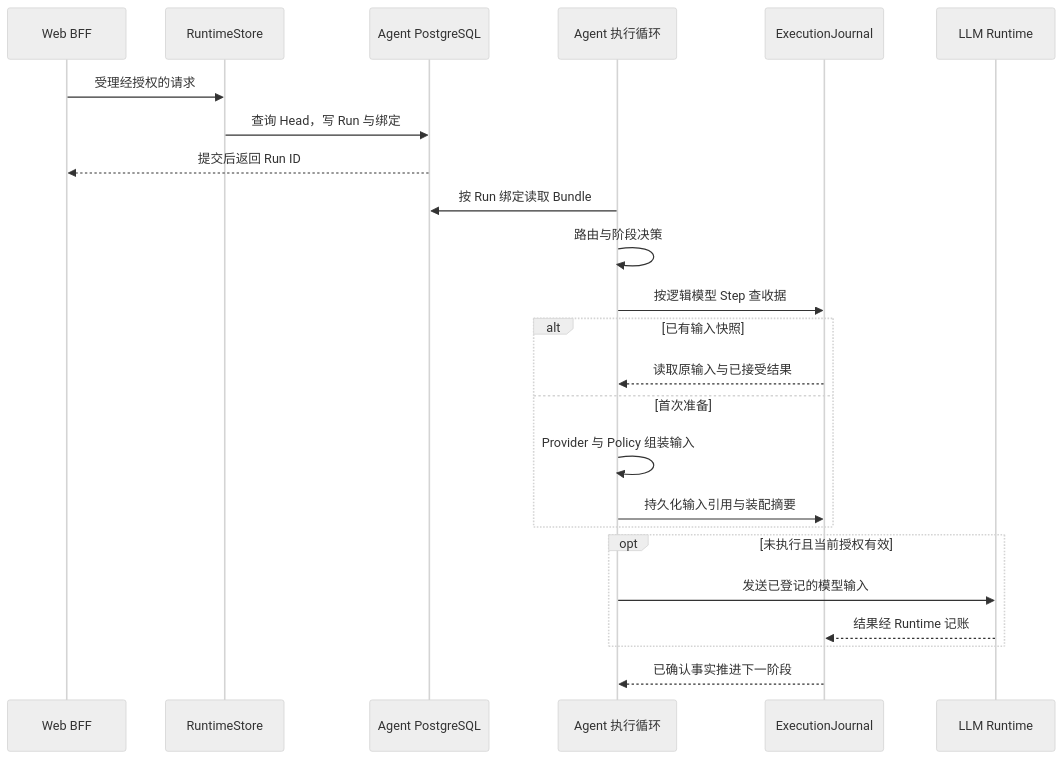
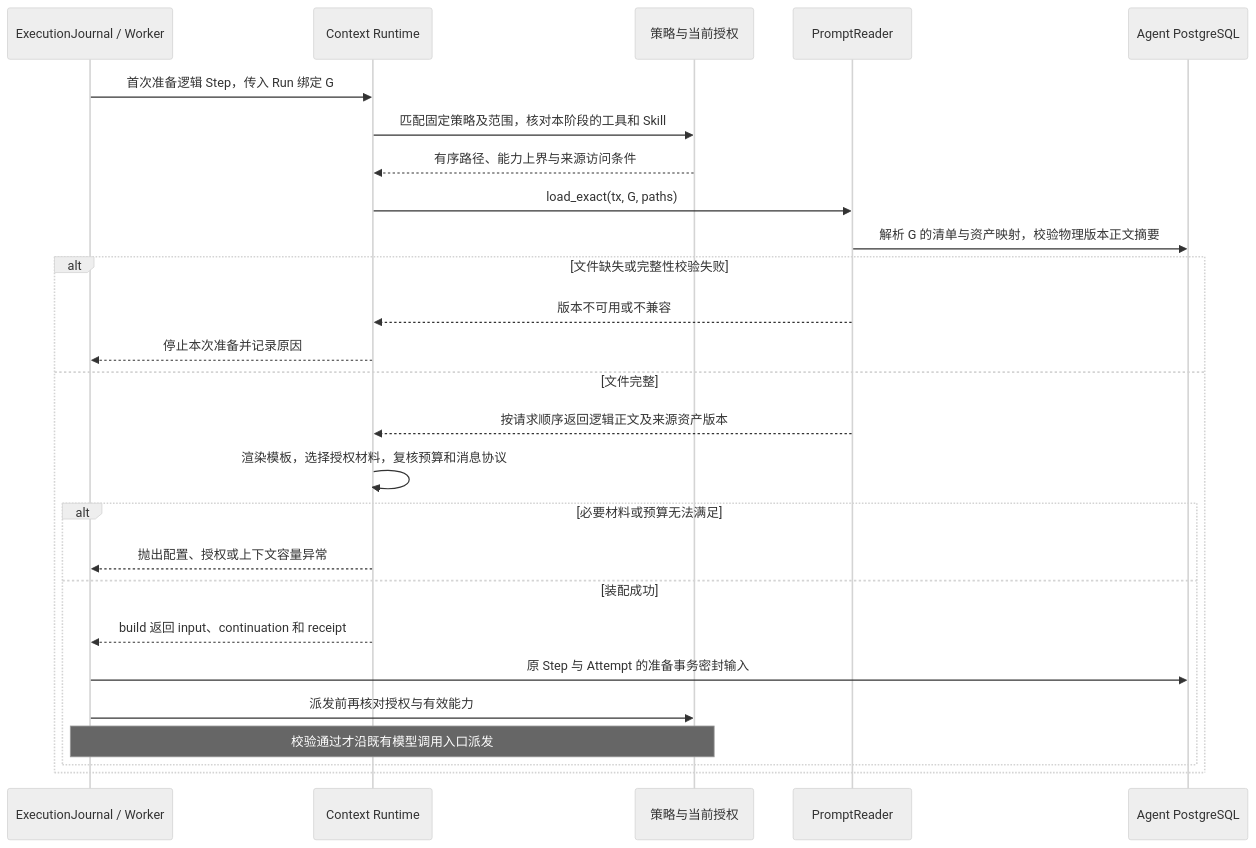
One commit to RuiLu007/compass changed the seventh of 9 diagrams in mai-specs/975-lesson-21-context-runtime-promptops/design/TECH_DESIGN.md. Above: the diagram before and after it, drawn with Mermaid (neutral theme). The commit also changed other lines of this file and 528 other files, not shown here.

````diff
--- a/mai-specs/975-lesson-21-context-runtime-promptops/design/TECH_DESIGN.md
+++ b/mai-specs/975-lesson-21-context-runtime-promptops/design/TECH_DESIGN.md
@@ -164,27 +380,29 @@
 ```mermaid
 sequenceDiagram
-  accTitle: 同一 Run 固定版本并按阶段装配
-  participant B as Web BFF
-  participant S as RuntimeStore
-  participant D as Agent PostgreSQL
-  participant R as Agent 执行循环
-  participant J as ExecutionJournal
-  participant M as LLM Runtime
-  B->>S: 受理经授权的请求
-  S->>D: 查询 Head，写 Run 与绑定
-  D-->>B: 提交后返回 Run ID
-  R->>D: 按 Run 绑定读取 Bundle
-  R->>R: 路由与阶段决策
-  R->>J: 按逻辑模型 Step 查收据
-  alt 已有输入快照
-    J-->>R: 读取原输入与已接受结果
-  else 首次准备
-    R->>R: Provider 与 Policy 组装输入
-    R->>J: 持久化输入引用与装配摘要
-  end
-  opt 未执行且当前授权有效
-    R->>M: 发送已登记的模型输入
-    M-->>J: 结果经 Runtime 记账
-  end
-  J-->>R: 已确认事实推进下一阶段
+    accTitle: 新模型步骤按阶段和权限从固定代次精确装配
+    participant J as ExecutionJournal / Worker
+    participant C as Context Runtime
+    participant A as 策略与当前授权
+    participant P as PromptReader
+    participant D as Agent PostgreSQL
+    J->>C: 首次准备逻辑 Step，传入 Run 绑定 G
+    C->>A: 匹配固定策略及范围，核对本阶段的工具和 Skill
+    A-->>C: 有序路径、能力上界与来源访问条件
+    C->>P: load_exact(tx, G, paths)
+    P->>D: 解析 G 的清单与资产映射，校验物理版本正文摘要
+    alt 文件缺失或完整性校验失败
+        P-->>C: 版本不可用或不兼容
+        C-->>J: 停止本次准备并记录原因
+    else 文件完整
+        P-->>C: 按请求顺序返回逻辑正文及来源资产版本
+        C->>C: 渲染模板，选择授权材料，复核预算和消息协议
+        alt 必要材料或预算无法满足
+            C-->>J: 抛出配置、授权或上下文容量异常
+        else 装配成功
+            C-->>J: build 返回 input、continuation 和 receipt
+            J->>D: 原 Step 与 Attempt 的准备事务密封输入
+            J->>A: 派发前再核对授权与有效能力
+            Note over J,A: 校验通过才沿既有模型调用入口派发
+        end
+    end
 ```
````
